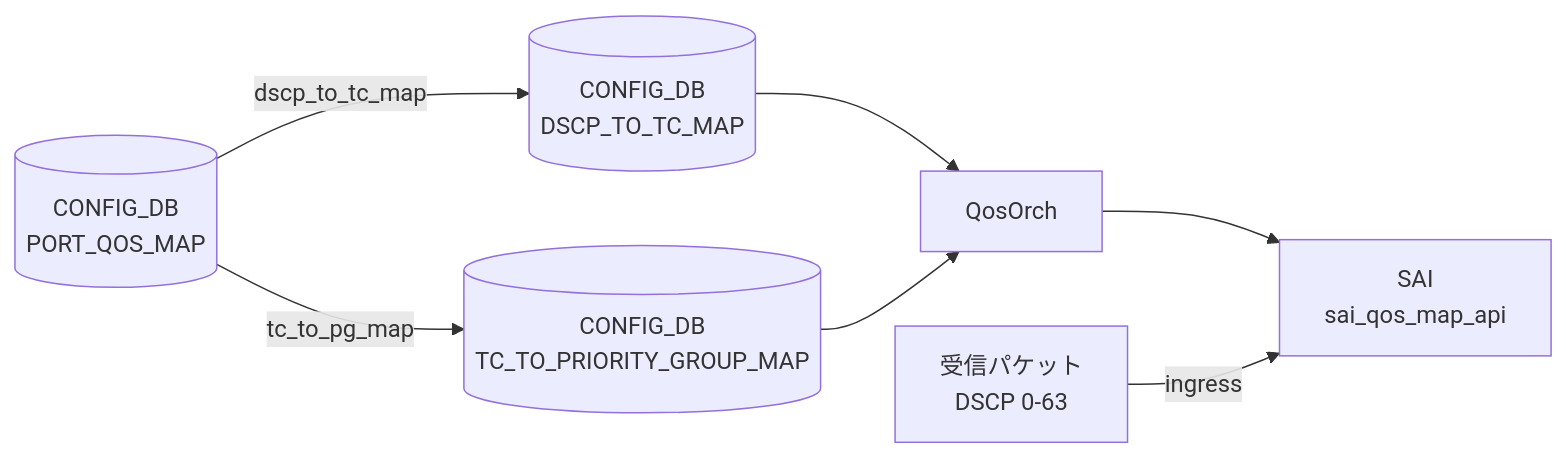
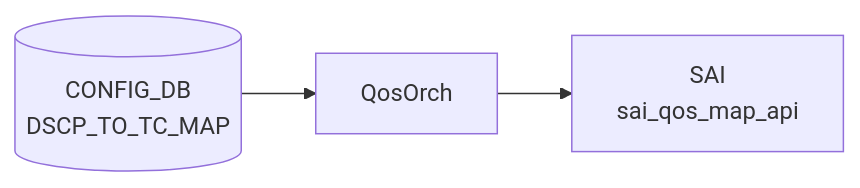
One commit to aoki-taquan/sonic-unofficial-docs changed the diagram in docs/reference/config-db/dscp-to-pg-map.md. Above: the diagram before and after it, drawn with Mermaid. The commit also changed other lines of this file and 359 other files, not shown here.

````diff
--- a/docs/reference/config-db/dscp-to-pg-map.md
+++ b/docs/reference/config-db/dscp-to-pg-map.md
@@ -54,16 +54,8 @@
 ```mermaid
 flowchart LR
-  PKT["受信パケット<br/>DSCP 0-63"]
-  D2T[("CONFIG_DB<br/>DSCP_TO_TC_MAP")]
-  T2P[("CONFIG_DB<br/>TC_TO_PRIORITY_GROUP_MAP")]
-  PORT[("CONFIG_DB<br/>PORT_QOS_MAP")]
-  ORC["QosOrch"]
+  CDB[("CONFIG_DB<br/>DSCP_TO_TC_MAP")]
+  DM["QosOrch"]
+  CDB --> DM
   SAI["SAI<br/>sai_qos_map_api"]
-
-  PORT -->|dscp_to_tc_map| D2T
-  PORT -->|tc_to_pg_map| T2P
-  D2T --> ORC
-  T2P --> ORC
-  ORC --> SAI
-  PKT -->|ingress| SAI
+  DM --> SAI
 ```
````
